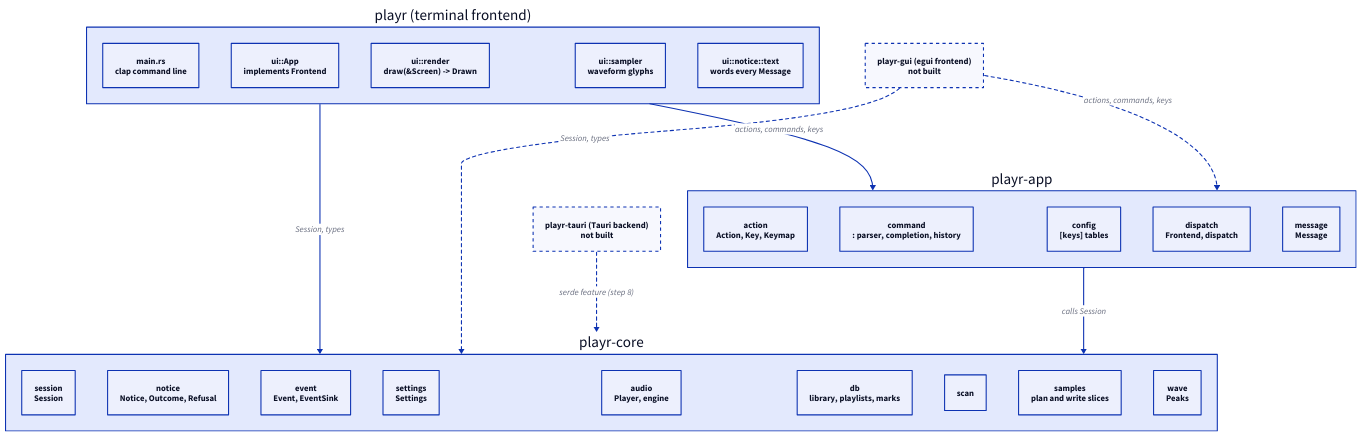
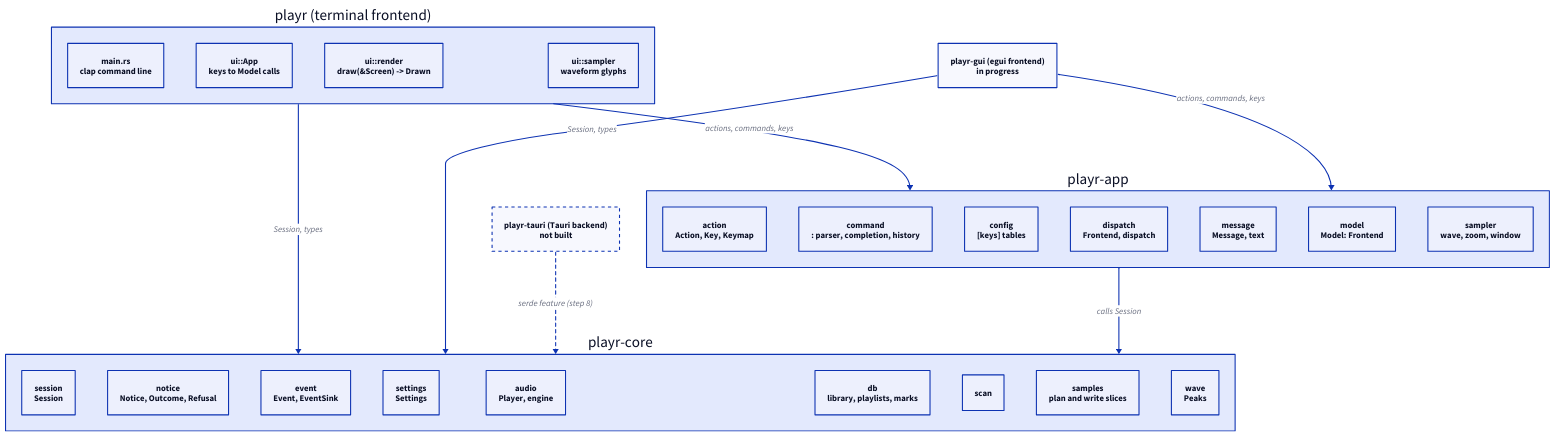
Before and after one commit to shakfu/playr: the diagram in docs/media/architecture-crates.d2, drawn with D2. The commit also changed 50 other files, not shown here.

```diff
--- a/docs/media/architecture-crates.d2
+++ b/docs/media/architecture-crates.d2
@@ -1,53 +1,48 @@
 # playr's crates and what depends on what.
 # Render: make diagrams
 
 direction: down
 
 playr: "playr (terminal frontend)" {
   main: "main.rs\nclap command line"
-  app: "ui::App\nimplements Frontend"
+  app: "ui::App\nkeys to Model calls"
   render: "ui::render\ndraw(&Screen) -> Drawn"
   sampler: "ui::sampler\nwaveform glyphs"
-  notice: "ui::notice::text\nwords every Message"
 }
 
-gui: "playr-gui (egui frontend)\nnot built" {
-  style.stroke-dash: 3
-}
+gui: "playr-gui (egui frontend)\nin progress"
 
 tauri: "playr-tauri (Tauri backend)\nnot built" {
   style.stroke-dash: 3
 }
 
 app: "playr-app" {
   action: "action\nAction, Key, Keymap"
   command: "command\n: parser, completion, history"
   config: "config\n[keys] tables"
   dispatch: "dispatch\nFrontend, dispatch"
-  message: "message\nMessage"
+  message: "message\nMessage, text"
+  model: "model\nModel: Frontend"
+  sampler: "sampler\nwave, zoom, window"
 }
 
 core: "playr-core" {
   session: "session\nSession"
   notice: "notice\nNotice, Outcome, Refusal"
   event: "event\nEvent, EventSink"
   settings: "settings\nSettings"
   audio: "audio\nPlayer, engine"
   db: "db\nlibrary, playlists, marks"
   scan
   samples: "samples\nplan and write slices"
   wave: "wave\nPeaks"
 }
 
 playr -> app: "actions, commands, keys"
 playr -> core: "Session, types"
-gui -> app: "actions, commands, keys" {
-  style.stroke-dash: 3
-}
-gui -> core: "Session, types" {
-  style.stroke-dash: 3
-}
+gui -> app: "actions, commands, keys"
+gui -> core: "Session, types"
 tauri -> core: "serde feature (step 8)" {
   style.stroke-dash: 3
 }
 app -> core: "calls Session"
```
